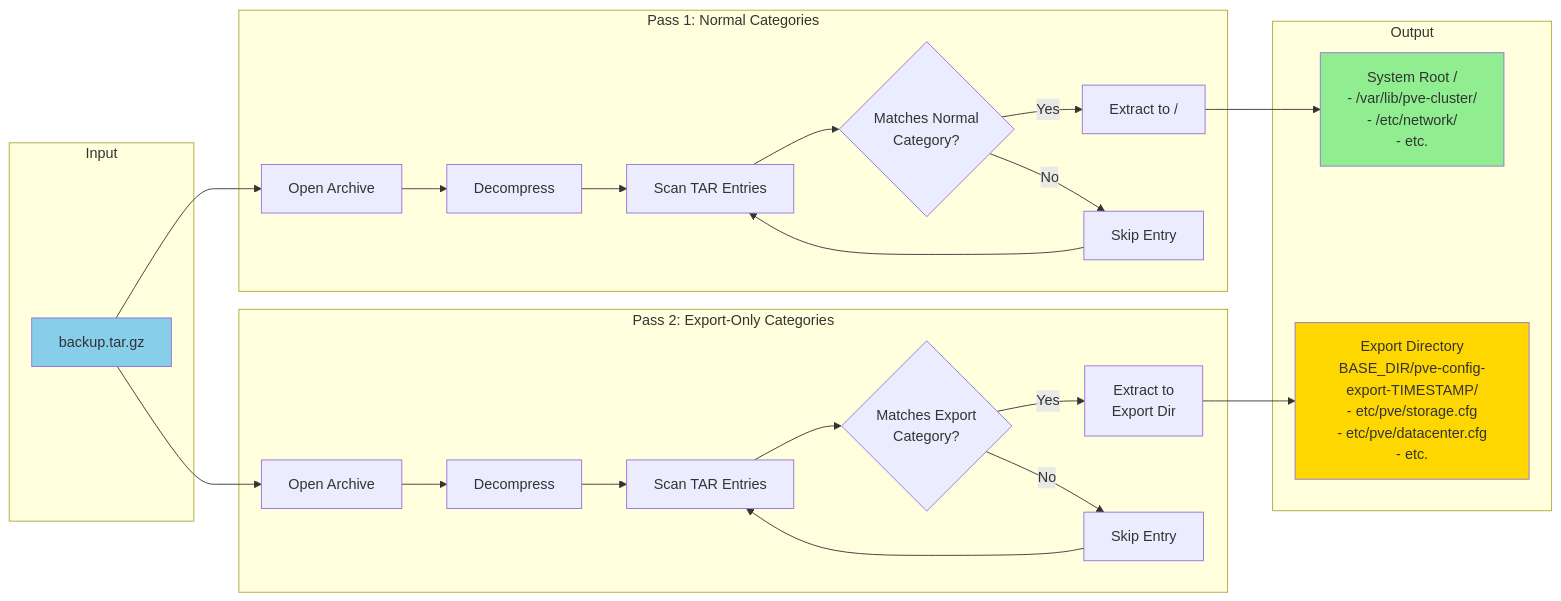
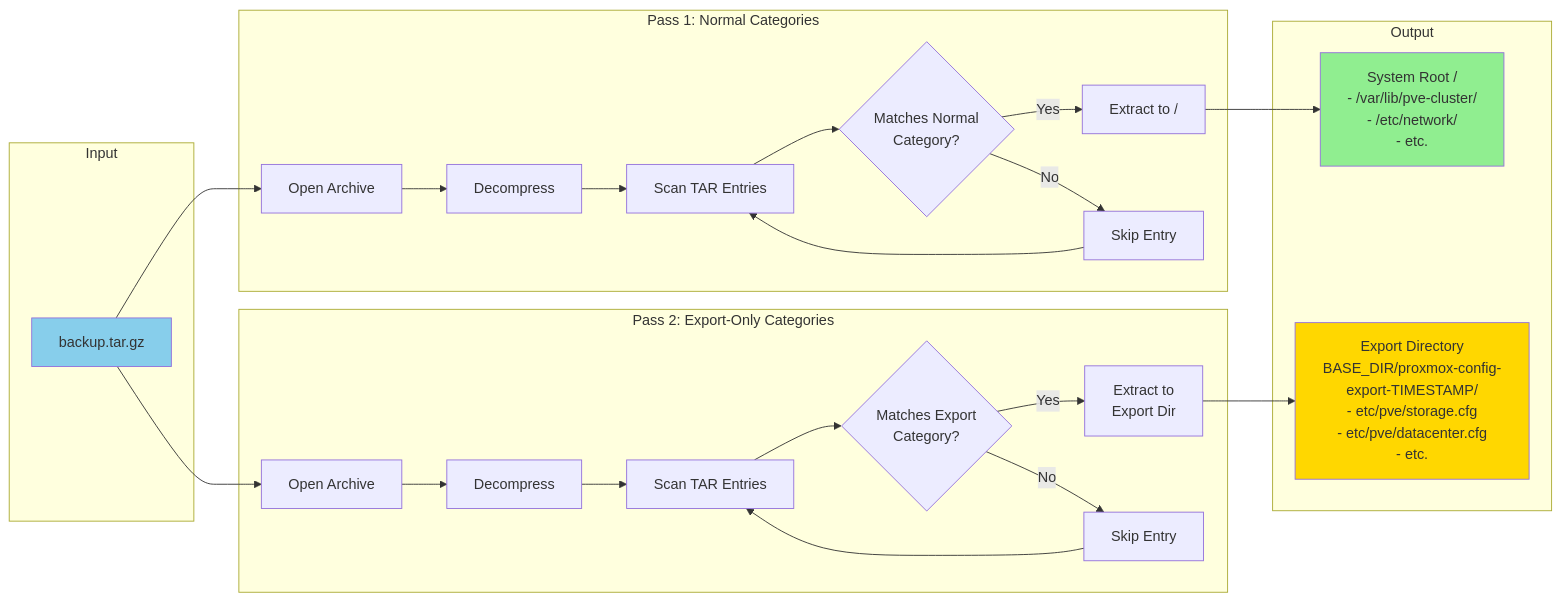
Before and after one commit to tis24dev/proxsave: the fourth of 12 diagrams in docs/RESTORE_DIAGRAMS.md, drawn with Mermaid. The commit also changed 10 other files, not shown here.

First line of the commit message:
Restore: allow absolute symlinks that stay within destRoot & Proxmox config export/guards

````diff
--- a/docs/RESTORE_DIAGRAMS.md
+++ b/docs/RESTORE_DIAGRAMS.md
@@ -211,51 +211,51 @@
 ```mermaid
 flowchart LR
     subgraph Input
         Archive[backup.tar.gz]
     end
 
     subgraph "Pass 1: Normal Categories"
         Open1[Open Archive]
         Decompress1[Decompress]
         Scan1[Scan TAR Entries]
         Filter1{Matches Normal<br/>Category?}
         Extract1[Extract to /]
         Skip1[Skip Entry]
     end
 
     subgraph "Pass 2: Export-Only Categories"
         Open2[Open Archive]
         Decompress2[Decompress]
         Scan2[Scan TAR Entries]
         Filter2{Matches Export<br/>Category?}
         Extract2[Extract to<br/>Export Dir]
         Skip2[Skip Entry]
     end
 
     subgraph Output
         SystemRoot[System Root /<br/>- /var/lib/pve-cluster/<br/>- /etc/network/<br/>- etc.]
-        ExportDir[Export Directory<br/>BASE_DIR/pve-config-export-TIMESTAMP/<br/>- etc/pve/storage.cfg<br/>- etc/pve/datacenter.cfg<br/>- etc.]
+        ExportDir[Export Directory<br/>BASE_DIR/proxmox-config-export-TIMESTAMP/<br/>- etc/pve/storage.cfg<br/>- etc/pve/datacenter.cfg<br/>- etc.]
     end
 
     Archive --> Open1
     Open1 --> Decompress1
     Decompress1 --> Scan1
     Scan1 --> Filter1
     Filter1 -->|Yes| Extract1
     Filter1 -->|No| Skip1
     Skip1 --> Scan1
     Extract1 --> SystemRoot
 
     Archive --> Open2
     Open2 --> Decompress2
     Decompress2 --> Scan2
     Scan2 --> Filter2
     Filter2 -->|Yes| Extract2
     Filter2 -->|No| Skip2
     Skip2 --> Scan2
     Extract2 --> ExportDir
 
     style Archive fill:#87CEEB
     style SystemRoot fill:#90EE90
     style ExportDir fill:#FFD700
 ```
````
